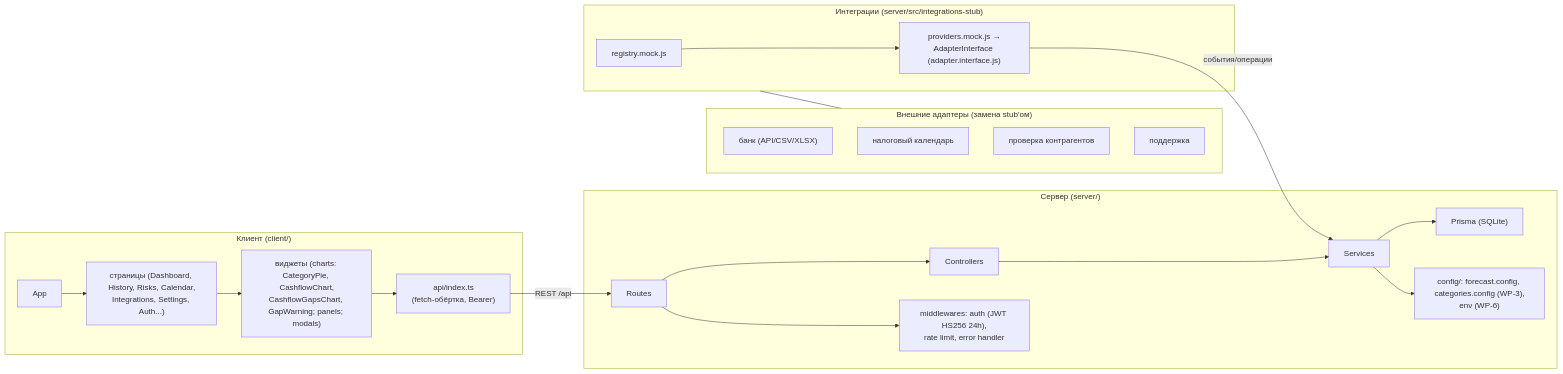
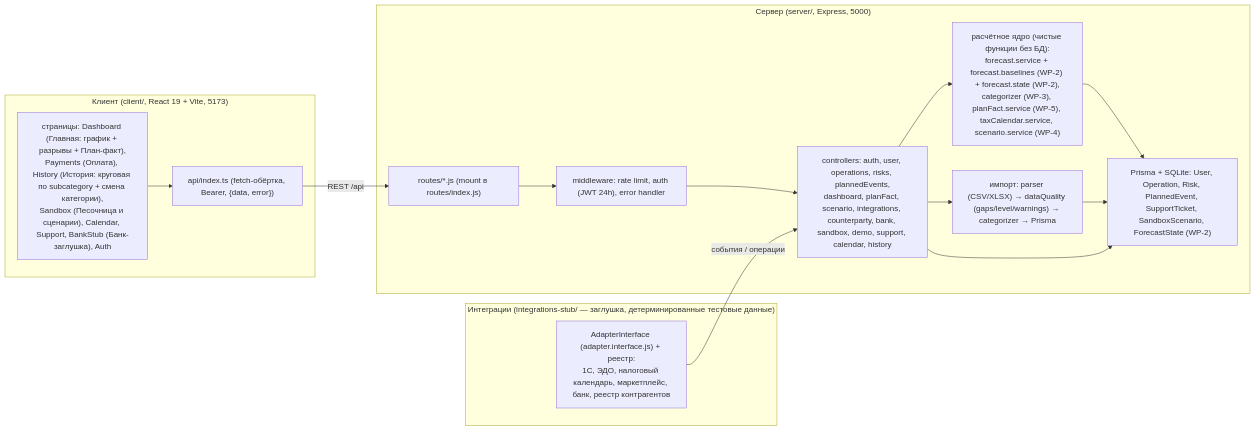
Before and after one commit to Marina599-wq/hacaton2026: the diagram in docs/ARCHITECTURE.md, drawn with Mermaid. The commit also changed other lines of this file and 91 other files, not shown here.

````diff
--- a/docs/ARCHITECTURE.md
+++ b/docs/ARCHITECTURE.md
@@ -8,29 +8,26 @@
 ```mermaid
 flowchart LR
-  subgraph Client["Клиент (client/)"]
-    App --> Pages
-    Pages --> Components
-    Components --> API["api/index.ts<br/>(fetch-обёртка, Bearer)"]
-    Pages["страницы (Dashboard, History, Risks, Calendar,<br/>Integrations, Settings, Auth...)"]
-    Components["виджеты (charts: CategoryPie, CashflowChart,<br/>CashflowGapsChart, GapWarning; panels; modals)"]
+  subgraph Client["Клиент (client/, React 19 + Vite, 5173)"]
+    pages["страницы: Dashboard (Главная: график + разрывы + План-факт),<br/>Payments (Оплата), History (История: круговая по subcategory + смена категории),<br/>Sandbox (Песочница и сценарии), Calendar, Support, BankStub (Банк-заглушка), Auth"]
+    pages --> api["api/index.ts (fetch-обёртка, Bearer, {data, error})"]
   end
-  subgraph Server["Сервер (server/)"]
-    API -->|REST /api| Routes
-    Routes --> Controllers
-    Controllers --> Services
-    Services --> Prisma["Prisma (SQLite)"]
-    Routes --> Middleware["middlewares: auth (JWT HS256 24h),<br/>rate limit, error handler"]
-    Services --> Config["config/: forecast.config, categories.config (WP-3),<br/>env (WP-6)"]
+  api -->|REST /api| routes
+  subgraph Server["Сервер (server/, Express, 5000)"]
+    routes["routes/*.js (mount в routes/index.js)"]
+    middleware["middleware: rate limit, auth (JWT 24h), error handler"]
+    controllers["controllers: auth, user, operations, risks, plannedEvents,<br/>dashboard, planFact, scenario, integrations, counterparty, bank, sandbox, demo, support, calendar, history"]
+    core["расчётное ядро (чистые функции без БД):<br/>forecast.service + forecast.baselines (WP-2) + forecast.state (WP-2),<br/>categorizer (WP-3), planFact.service (WP-5), taxCalendar.service, scenario.service (WP-4)"]
+    importer["импорт: parser (CSV/XLSX) → dataQuality (gaps/level/warnings) → categorizer → Prisma"]
+    db["Prisma + SQLite: User, Operation, Risk, PlannedEvent, SupportTicket, SandboxScenario, ForecastState (WP-2)"]
   end
-  subgraph Integ["Интеграции (server/src/integrations-stub)"]
-    Registry["registry.mock.js"] --> Adapters["providers.mock.js →<br/>AdapterInterface (adapter.interface.js)"]
+  routes --> middleware --> controllers
+  controllers --> core
+  controllers --> importer
+  core --> db
+  importer --> db
+  controllers --> db
+  subgraph Integ["Интеграции (integrations-stub/ — заглушка, детерминированные тестовые данные)"]
+    adapter["AdapterInterface (adapter.interface.js) + реестр:<br/>1С, ЭДО, налоговый календарь, маркетплейс, банк, реестр контрагентов"]
   end
-  Adapters -->|события/операции| Services
-  subgraph Ext["Внешние адаптеры (замена stub'ом)"]
-    BankAPI["банк (API/CSV/XLSX)"]
-    TaxCal["налоговый календарь"]
-    Counterparty["проверка контрагентов"]
-    Support["поддержка"]
-  end
-  Integ --- Ext
+  adapter -->|события / операции| controllers
 ```
````
